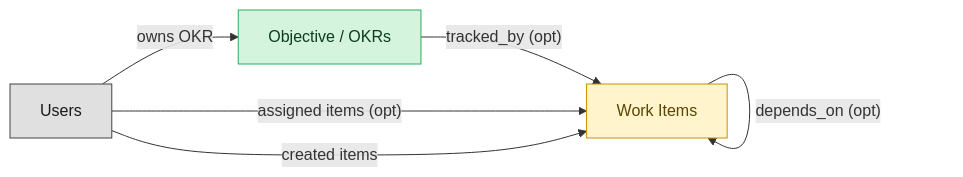
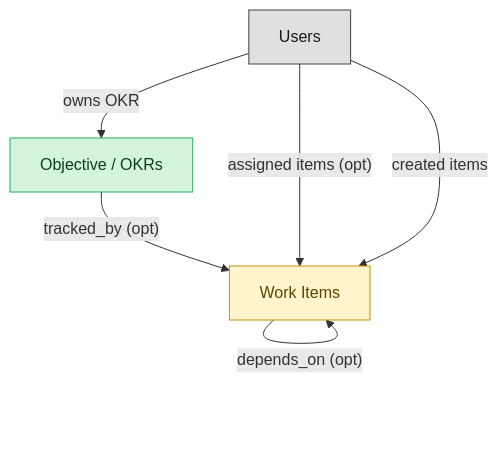
Before and after one commit to IntranetFactory/domain-map: the diagram in blueprints/work-mgmt-goals-okr-semantic-blueprint.md, drawn with Mermaid. The commit also changed other lines of this file and 23 other files, not shown here.

````diff
--- a/blueprints/work-mgmt-goals-okr-semantic-blueprint.md
+++ b/blueprints/work-mgmt-goals-okr-semantic-blueprint.md
@@ -27,17 +27,17 @@
 ```mermaid
-flowchart LR
+flowchart TD
   classDef master fill:#d4f4dd,stroke:#27ae60,color:#0b3d20;
   classDef embedded_master fill:#fff4cc,stroke:#c79100,color:#5b4500;
   classDef platform_builtin fill:#e0e0e0,stroke:#424242,color:#1a1a1a;
   okr_objectives["Objective / OKRs"]
   work_items["Work Items"]
   users["Users"]
   work_items -->|"depends_on (opt)"| work_items
   okr_objectives -->|"tracked_by (opt)"| work_items
   users -->|"assigned items (opt)"| work_items
   users -->|"created items"| work_items
   users -->|"owns OKR"| okr_objectives
   class okr_objectives master;
   class work_items embedded_master;
   class users platform_builtin;
 ```
````
